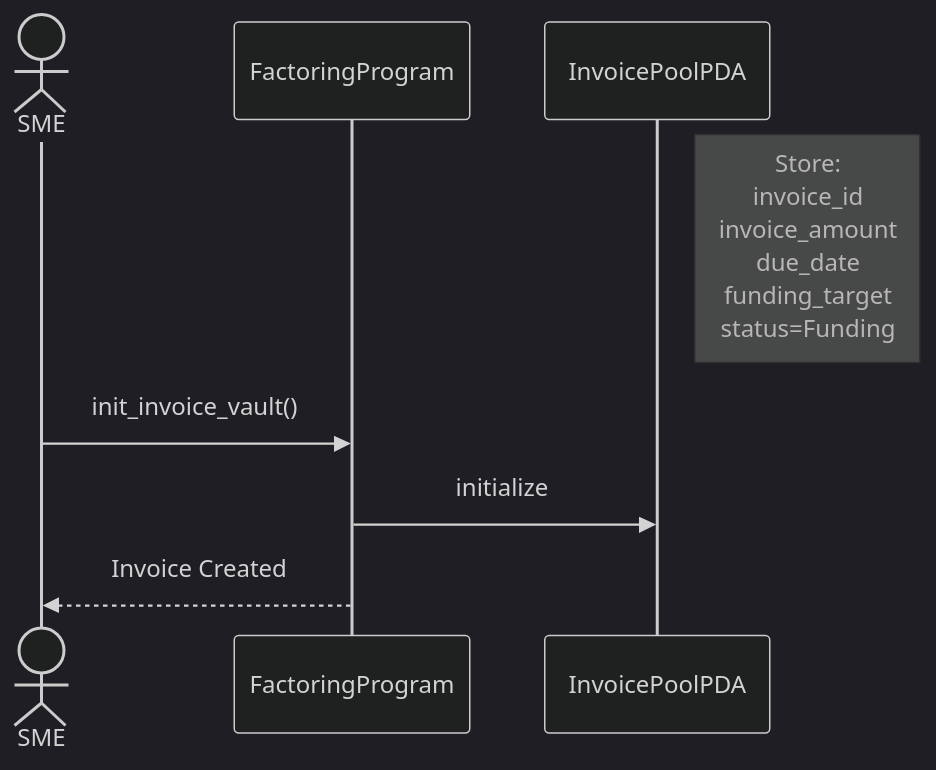
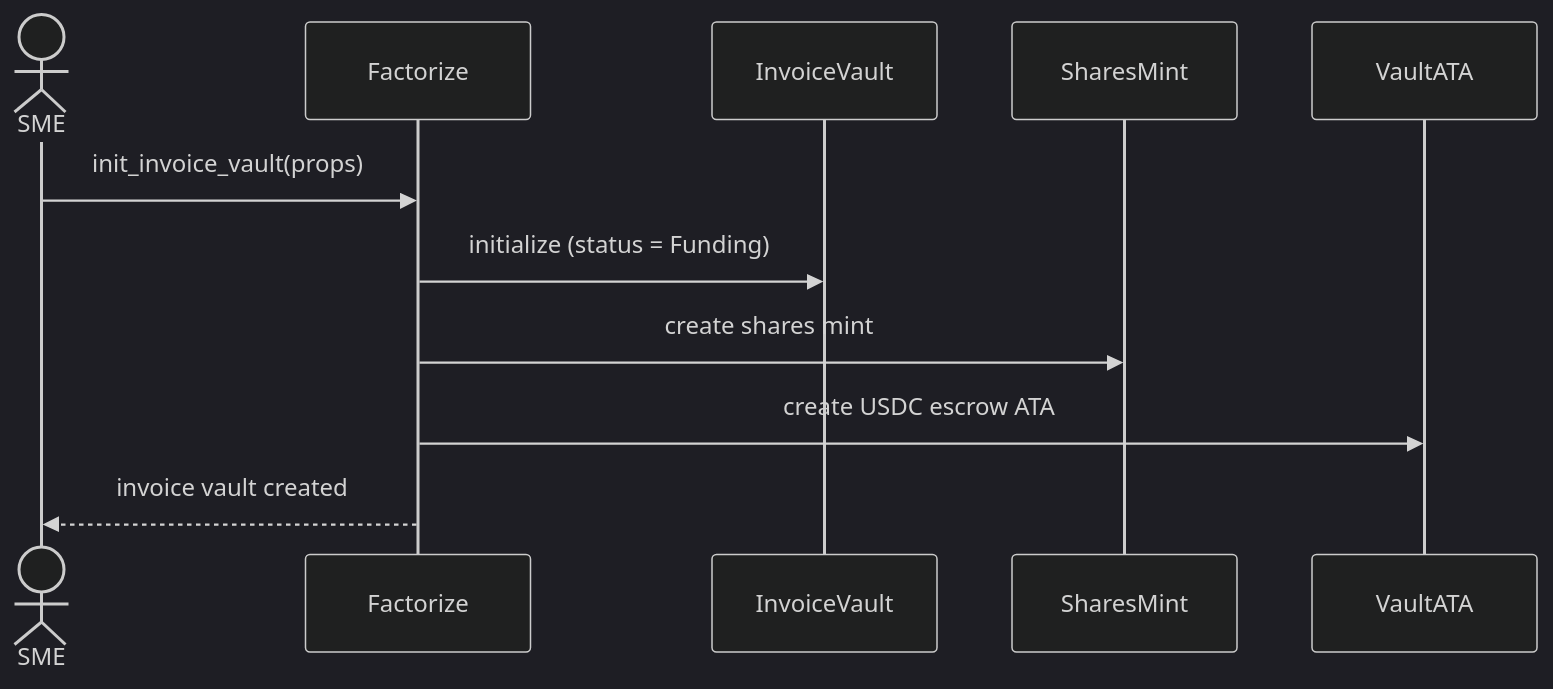
One commit to jhintux/factorize changed the second of 6 diagrams in README.md. Above: the diagram before and after it, drawn with Mermaid (dark theme). The commit also changed other lines of this file and 47 other files, not shown here.

````diff
--- a/README.md
+++ b/README.md
@@ -11,22 +70,14 @@
 ```mermaid
 sequenceDiagram
+    actor SME
+    participant Factorize
+    participant InvoiceVault
+    participant SharesMint
+    participant VaultATA
 
-
-  actor SME
-
-
-  participant FactoringProgram
-
-
-  participant InvoicePoolPDA
-Note right of InvoicePoolPDA: Store: <br/> invoice_id <br/> invoice_amount <br/> due_date <br/> funding_target <br/> status=Funding
-
-
-SME->>FactoringProgram: init_invoice_vault()
-
-
-FactoringProgram->>InvoicePoolPDA: initialize
-
-
-FactoringProgram-->>SME: Invoice Created
+    SME->>Factorize: init_invoice_vault(props)
+    Factorize->>InvoiceVault: initialize (status = Funding)
+    Factorize->>SharesMint: create shares mint
+    Factorize->>VaultATA: create USDC escrow ATA
+    Factorize-->>SME: invoice vault created
 ```
````
